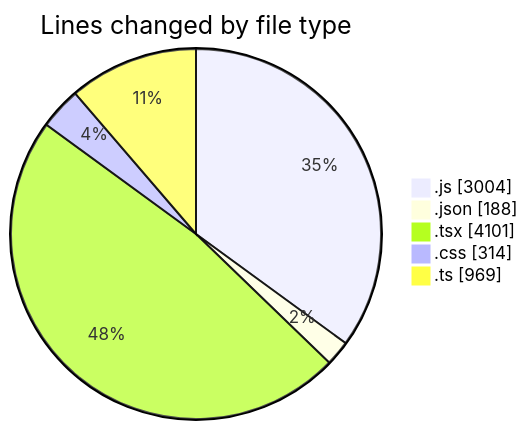
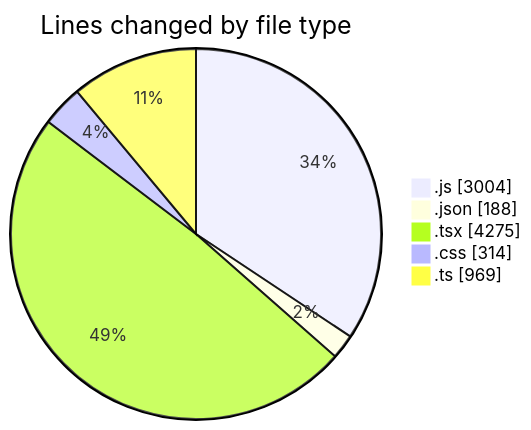
One commit to lephambinh05/code-tracking changed the first of 2 diagrams in 2025-08-09/napxuvn/README.md. Above: the diagram before and after it, drawn with Mermaid. The commit also changed other lines of this file and 1 other file, not shown here.

````diff
--- a/2025-08-09/napxuvn/README.md
+++ b/2025-08-09/napxuvn/README.md
@@ -72,9 +72,9 @@
 ```mermaid
 pie showData
 title Lines changed by file type
 ".js" : 3004
 ".json" : 188
-".tsx" : 4101
+".tsx" : 4275
 ".css" : 314
 ".ts" : 969
 ```
````
